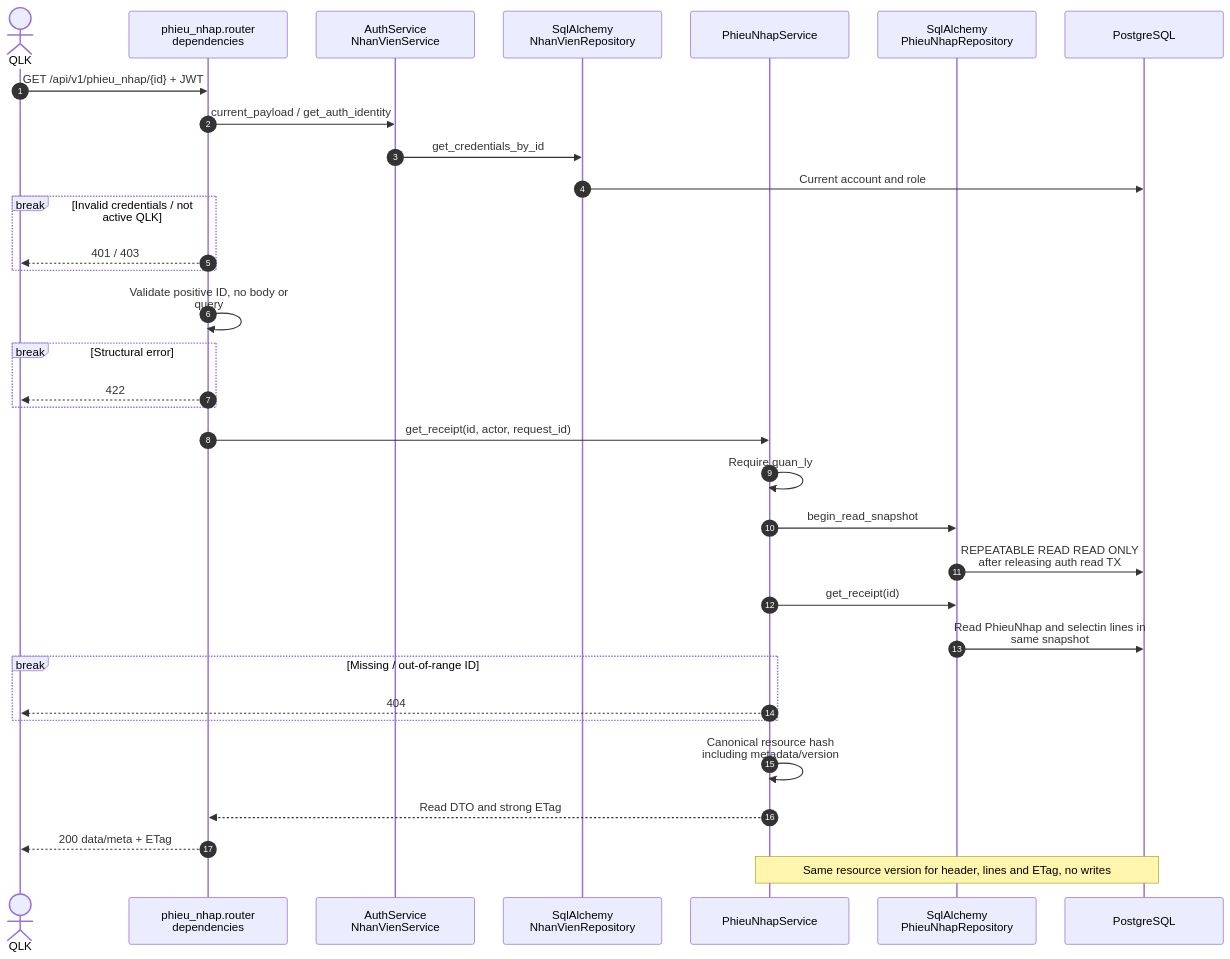
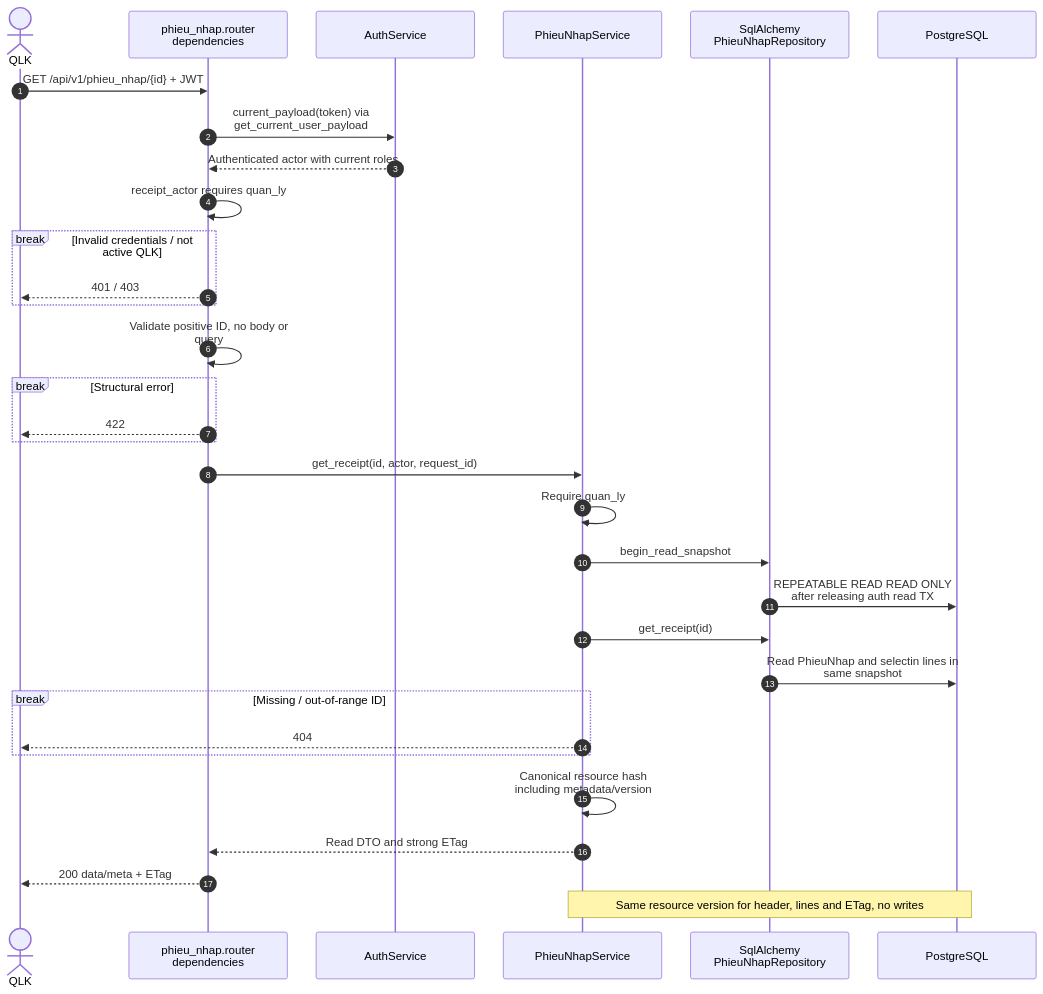
The second of 6 diagrams in docs/sequence/phieu_nhap.md (thanhklt/xbike-mrp-system), drawn with Mermaid before and after one commit. The commit also changed other lines of this file and 10 other files, not shown here.

````diff
--- a/docs/sequence/phieu_nhap.md
+++ b/docs/sequence/phieu_nhap.md
@@ -82,36 +85,35 @@
 ```mermaid
 %%{init: {"sequence": {"width": 220, "wrap": true, "actorMargin": 40}}}%%
 sequenceDiagram
     autonumber
     actor C as QLK
     participant R as phieu_nhap.router<br/>dependencies
-    participant A as AuthService<br/>NhanVienService
-    participant N as SqlAlchemy<br/>NhanVienRepository
+    participant A as AuthService
     participant S as PhieuNhapService
     participant P as SqlAlchemy<br/>PhieuNhapRepository
     participant DB as PostgreSQL
     C->>R: GET /api/v1/phieu_nhap/{id} + JWT
-    R->>A: current_payload / get_auth_identity
-    A->>N: get_credentials_by_id
-    N->>DB: Current account and role
+    R->>A: current_payload(token) via get_current_user_payload
+    A-->>R: Authenticated actor with current roles
+    R->>R: receipt_actor requires quan_ly
     break Invalid credentials / not active QLK
         R-->>C: 401 / 403
     end
     R->>R: Validate positive ID, no body or query
     break Structural error
         R-->>C: 422
     end
     R->>S: get_receipt(id, actor, request_id)
     S->>S: Require quan_ly
     S->>P: begin_read_snapshot
     P->>DB: REPEATABLE READ READ ONLY after releasing auth read TX
     S->>P: get_receipt(id)
     P->>DB: Read PhieuNhap and selectin lines in same snapshot
     break Missing / out-of-range ID
         S-->>C: 404
     end
     S->>S: Canonical resource hash including metadata/version
     S-->>R: Read DTO and strong ETag
     R-->>C: 200 data/meta + ETag
     Note over S,DB: Same resource version for header, lines and ETag, no writes
 ```
````
